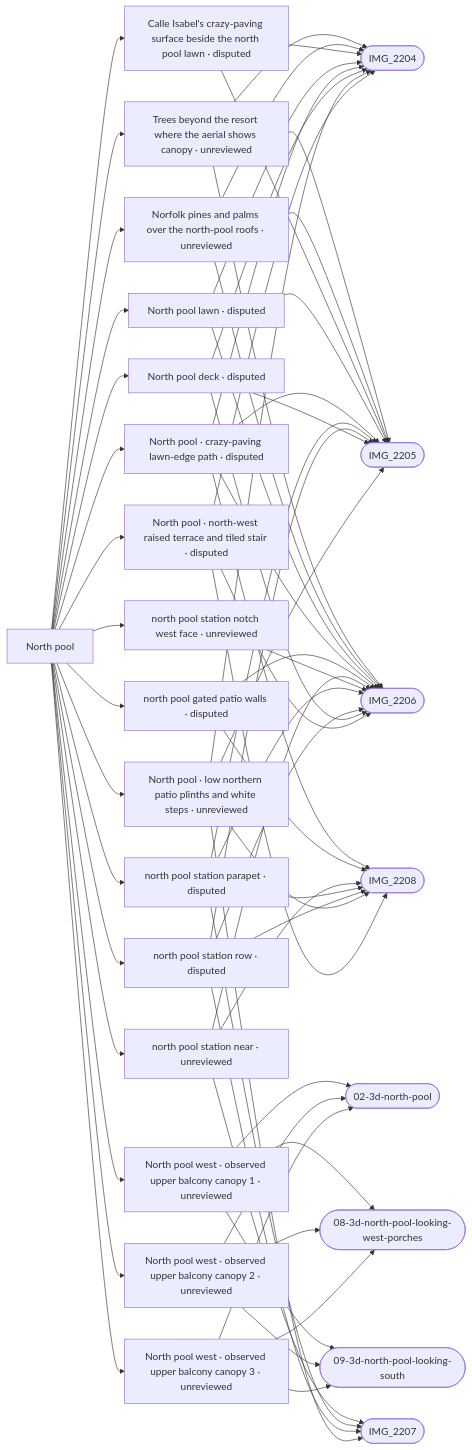
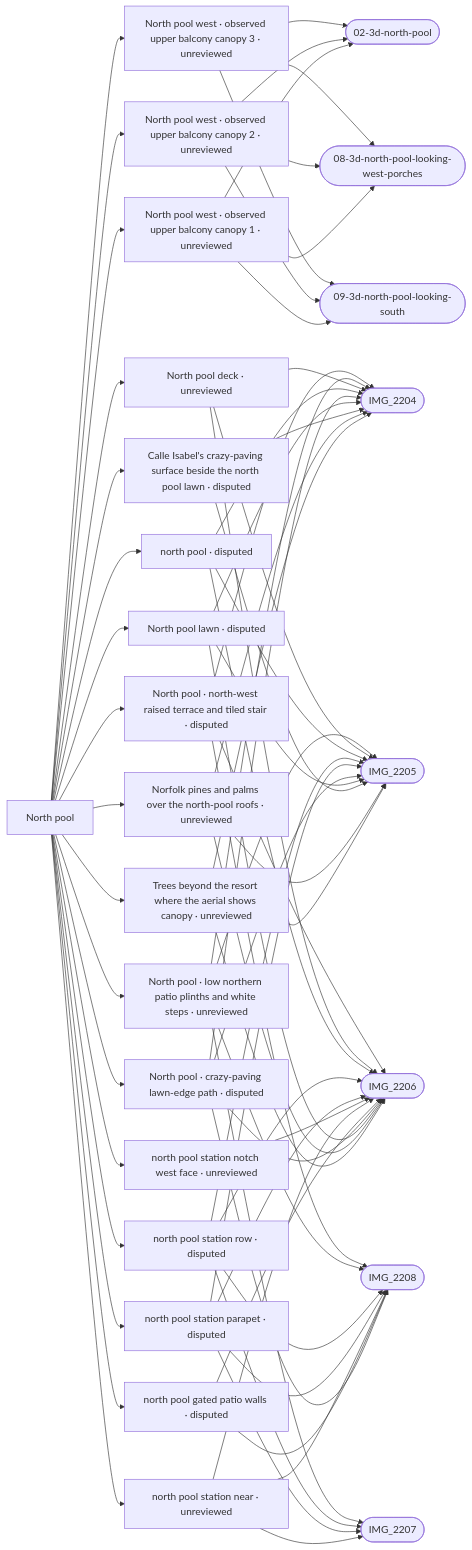
Before and after one commit to daveyboyc/villacana-venture: the diagram in refs/areas/north-pool.md, drawn with Mermaid. The commit also changed other lines of this file and 49 other files, not shown here.

First line of the commit message:
North pool: measured correction of the water ring's deck tongues, ladders and pump box

````diff
--- a/refs/areas/north-pool.md
+++ b/refs/areas/north-pool.md
@@ -67,68 +67,72 @@
 ```mermaid
 graph LR
   A["North pool"]
   A --> F0["Trees beyond the resort where the aerial shows canopy · unreviewed"]
   F0 --> PIMG_2204_jpg(["IMG_2204"])
   F0 --> PIMG_2205_jpg(["IMG_2205"])
   F0 --> PIMG_2206_jpg(["IMG_2206"])
   A --> F1["Norfolk pines and palms over the north-pool roofs · unreviewed"]
   F1 --> PIMG_2204_jpg(["IMG_2204"])
   F1 --> PIMG_2205_jpg(["IMG_2205"])
   F1 --> PIMG_2206_jpg(["IMG_2206"])
   A --> F2["Calle Isabel's crazy-paving surface beside the north pool lawn · disputed"]
   F2 --> PIMG_2204_jpg(["IMG_2204"])
   F2 --> PIMG_2205_jpg(["IMG_2205"])
   A --> F3["North pool lawn · disputed"]
   F3 --> PIMG_2204_jpg(["IMG_2204"])
   F3 --> PIMG_2205_jpg(["IMG_2205"])
   F3 --> PIMG_2206_jpg(["IMG_2206"])
   A --> F4["North pool · crazy-paving lawn-edge path · disputed"]
   F4 --> PIMG_2204_jpg(["IMG_2204"])
   F4 --> PIMG_2205_jpg(["IMG_2205"])
   F4 --> PIMG_2206_jpg(["IMG_2206"])
   F4 --> PIMG_2208_jpg(["IMG_2208"])
   A --> F5["North pool west · observed upper balcony canopy 1 · unreviewed"]
   F5 --> Pref_apple_maps_02_3d_north_pool_png(["02-3d-north-pool"])
   F5 --> Pref_apple_maps_08_3d_north_pool_looking_west_porches_png(["08-3d-north-pool-looking-west-porches"])
   F5 --> Pref_apple_maps_09_3d_north_pool_looking_south_png(["09-3d-north-pool-looking-south"])
   A --> F6["North pool west · observed upper balcony canopy 2 · unreviewed"]
   F6 --> Pref_apple_maps_02_3d_north_pool_png(["02-3d-north-pool"])
   F6 --> Pref_apple_maps_08_3d_north_pool_looking_west_porches_png(["08-3d-north-pool-looking-west-porches"])
   F6 --> Pref_apple_maps_09_3d_north_pool_looking_south_png(["09-3d-north-pool-looking-south"])
   A --> F7["North pool west · observed upper balcony canopy 3 · unreviewed"]
   F7 --> Pref_apple_maps_02_3d_north_pool_png(["02-3d-north-pool"])
   F7 --> Pref_apple_maps_08_3d_north_pool_looking_west_porches_png(["08-3d-north-pool-looking-west-porches"])
   F7 --> Pref_apple_maps_09_3d_north_pool_looking_south_png(["09-3d-north-pool-looking-south"])
   A --> F8["north pool gated patio walls · disputed"]
   F8 --> PIMG_2206_jpg(["IMG_2206"])
   F8 --> PIMG_2208_jpg(["IMG_2208"])
   A --> F9["north pool station near · unreviewed"]
   F9 --> PIMG_2206_jpg(["IMG_2206"])
   F9 --> PIMG_2207_jpg(["IMG_2207"])
   F9 --> PIMG_2208_jpg(["IMG_2208"])
   A --> F10["north pool station notch west face · unreviewed"]
   F10 --> PIMG_2206_jpg(["IMG_2206"])
   A --> F11["north pool station parapet · disputed"]
   F11 --> PIMG_2205_jpg(["IMG_2205"])
   F11 --> PIMG_2206_jpg(["IMG_2206"])
   F11 --> PIMG_2207_jpg(["IMG_2207"])
   F11 --> PIMG_2208_jpg(["IMG_2208"])
   A --> F12["north pool station row · disputed"]
   F12 --> PIMG_2205_jpg(["IMG_2205"])
   F12 --> PIMG_2206_jpg(["IMG_2206"])
   F12 --> PIMG_2207_jpg(["IMG_2207"])
   F12 --> PIMG_2208_jpg(["IMG_2208"])
-  A --> F13["North pool deck · disputed"]
+  A --> F13["north pool · disputed"]
   F13 --> PIMG_2204_jpg(["IMG_2204"])
   F13 --> PIMG_2205_jpg(["IMG_2205"])
   F13 --> PIMG_2206_jpg(["IMG_2206"])
-  A --> F14["North pool · low northern patio plinths and white steps · unreviewed"]
+  A --> F14["North pool deck · unreviewed"]
   F14 --> PIMG_2204_jpg(["IMG_2204"])
   F14 --> PIMG_2205_jpg(["IMG_2205"])
-  F14 --> PIMG_2207_jpg(["IMG_2207"])
-  F14 --> PIMG_2208_jpg(["IMG_2208"])
-  A --> F15["North pool · north-west raised terrace and tiled stair · disputed"]
+  F14 --> PIMG_2206_jpg(["IMG_2206"])
+  A --> F15["North pool · low northern patio plinths and white steps · unreviewed"]
   F15 --> PIMG_2204_jpg(["IMG_2204"])
-  F15 --> PIMG_2206_jpg(["IMG_2206"])
+  F15 --> PIMG_2205_jpg(["IMG_2205"])
+  F15 --> PIMG_2207_jpg(["IMG_2207"])
   F15 --> PIMG_2208_jpg(["IMG_2208"])
+  A --> F16["North pool · north-west raised terrace and tiled stair · disputed"]
+  F16 --> PIMG_2204_jpg(["IMG_2204"])
+  F16 --> PIMG_2206_jpg(["IMG_2206"])
+  F16 --> PIMG_2208_jpg(["IMG_2208"])
 ```
````
